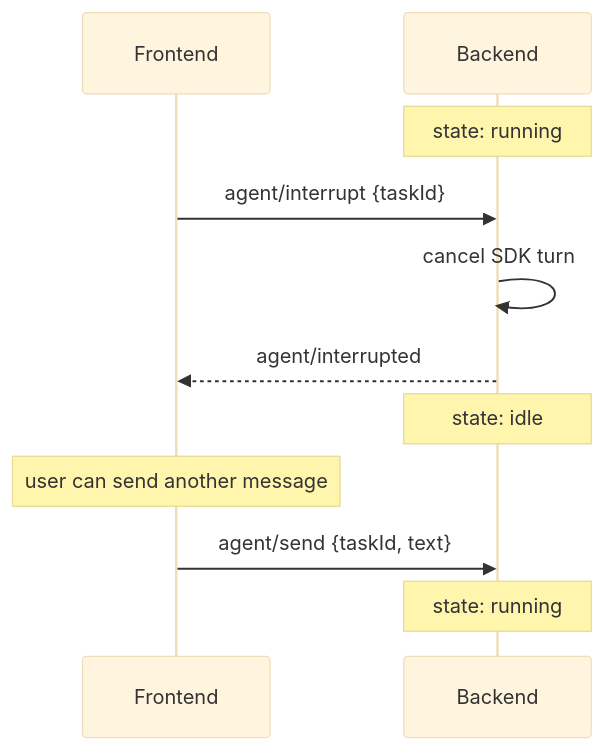
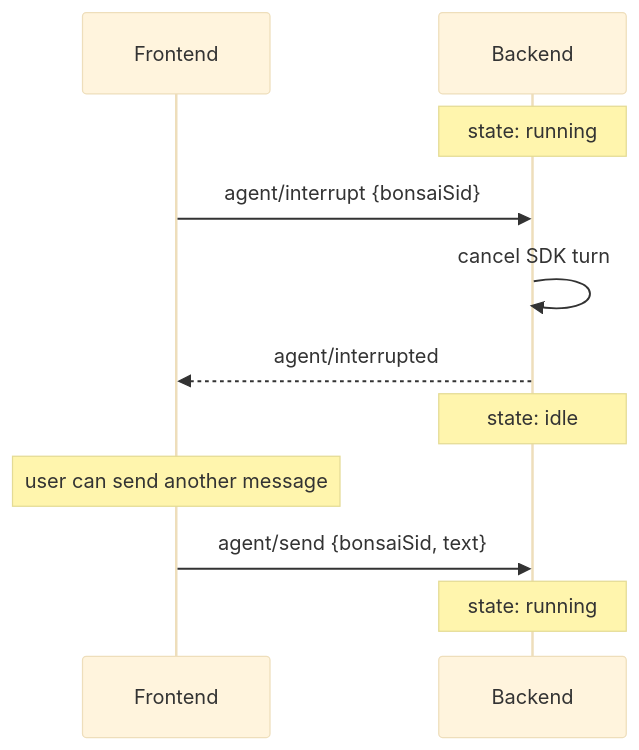
Before and after one commit to JetBrains/thinkrail: the third of 4 diagrams in backend/app/agent/README.md, drawn with Mermaid (base theme). The commit also changed other lines of this file and 34 other files, not shown here.

Commit message:
task_id -> bonsai_sid; update sessions and manager

````diff
--- a/backend/app/agent/README.md
+++ b/backend/app/agent/README.md
@@ -101,15 +101,15 @@
 ```mermaid
 sequenceDiagram
     participant F as Frontend
     participant B as Backend
 
     Note over B: state: running
-    F->>B: agent/interrupt {taskId}
+    F->>B: agent/interrupt {bonsaiSid}
     B->>B: cancel SDK turn
     B-->>F: agent/interrupted
     Note over B: state: idle
 
     Note over F: user can send another message
-    F->>B: agent/send {taskId, text}
+    F->>B: agent/send {bonsaiSid, text}
     Note over B: state: running
 ```
````
